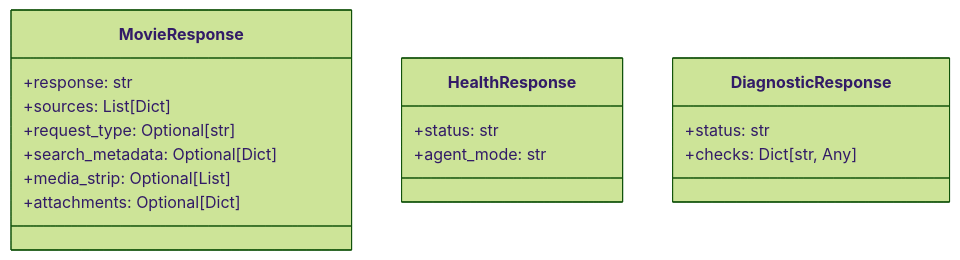
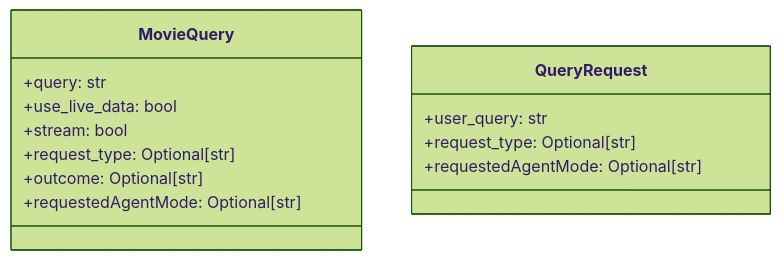
Before and after one commit to mayad123/movieAgent: the third of 6 diagrams in docs/features/config/CONFIGURATION.md, drawn with Mermaid (forest theme). The commit also changed other lines of this file and 33 other files, not shown here.

````diff
--- a/docs/features/config/CONFIGURATION.md
+++ b/docs/features/config/CONFIGURATION.md
@@ -126,21 +110,17 @@
 ```mermaid
 classDiagram
-    class MovieResponse {
-        +response: str
-        +sources: List[Dict]
+    class MovieQuery {
+        +query: str
+        +use_live_data: bool
+        +stream: bool
         +request_type: Optional[str]
-        +search_metadata: Optional[Dict]
-        +media_strip: Optional[List]
-        +attachments: Optional[Dict]
+        +outcome: Optional[str]
+        +requestedAgentMode: Optional[str]
     }
 
-    class HealthResponse {
-        +status: str
-        +agent_mode: str
-    }
-
-    class DiagnosticResponse {
-        +status: str
-        +checks: Dict[str, Any]
+    class QueryRequest {
+        +user_query: str
+        +request_type: Optional[str]
+        +requestedAgentMode: Optional[str]
     }
 ```
````
